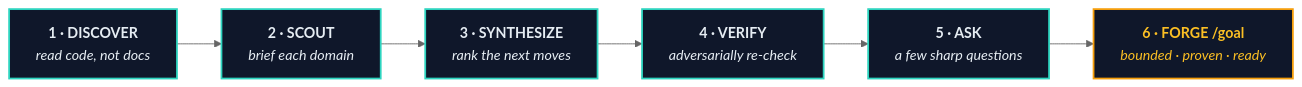
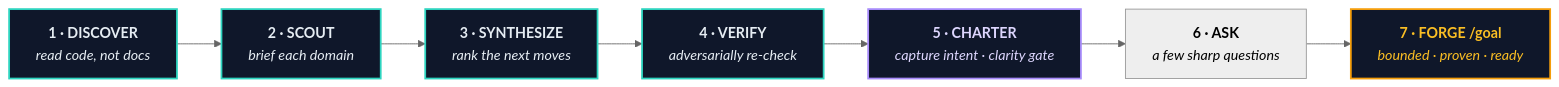
The diagram in README.md (chrisduvillard/pathfinder-skill), drawn with Mermaid (neutral theme) before and after one commit. The commit also changed other lines of this file, not shown here.

Commit message:
docs: add the Deep Intent Gate step to the README Explore diagram (#56)
The Explore flow diagram (and its lead-in sentence) predated the Deep
Intent Gate becoming a first-class, always-on step. It runs as Phase 4c —
between VERIFY (4b) and ASK (5) — capturing the charter/roadmap and looping
until the clarity gate resolves, and is the core of the v2.21.x releases.
Insert a 7th node (5 · CHARTER, violet accent) and reword the lead-in so
the diagram matches the actual first-run sequence:
discover -> scout -> synthesize -> verify -> charter -> ask -> forge.

````diff
--- a/README.md
+++ b/README.md
@@ -73,16 +73,19 @@
 ```mermaid
 flowchart LR
     A["<b>1 · DISCOVER</b><br/><i>read code, not docs</i>"]
     B["<b>2 · SCOUT</b><br/><i>brief each domain</i>"]
     C["<b>3 · SYNTHESIZE</b><br/><i>rank the next moves</i>"]
     V["<b>4 · VERIFY</b><br/><i>adversarially re-check</i>"]
-    D["<b>5 · ASK</b><br/><i>a few sharp questions</i>"]
-    E["<b>6 · FORGE /goal</b><br/><i>bounded · proven · ready</i>"]
+    G["<b>5 · CHARTER</b><br/><i>capture intent · clarity gate</i>"]
+    D["<b>6 · ASK</b><br/><i>a few sharp questions</i>"]
+    E["<b>7 · FORGE /goal</b><br/><i>bounded · proven · ready</i>"]
 
-    A --> B --> C --> V --> D --> E
+    A --> B --> C --> V --> G --> D --> E
 
     classDef step fill:#0F172A,stroke:#2DD4BF,stroke-width:2px,color:#E6EDF3;
+    classDef gate fill:#0F172A,stroke:#A78BFA,stroke-width:2px,color:#DDD6FE;
     classDef forge fill:#0F172A,stroke:#F59E0B,stroke-width:2px,color:#FBBF24;
-    class A,B,C,V,D step;
+    class A,B,C,V step;
+    class G gate;
     class E forge;
 ```
````
